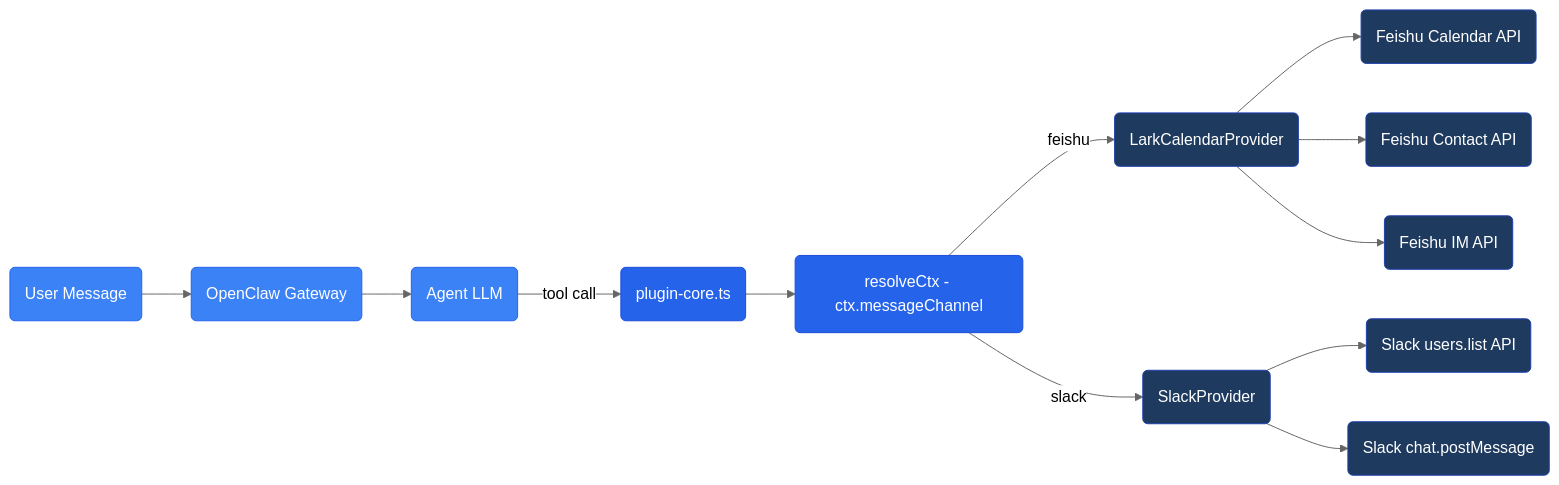
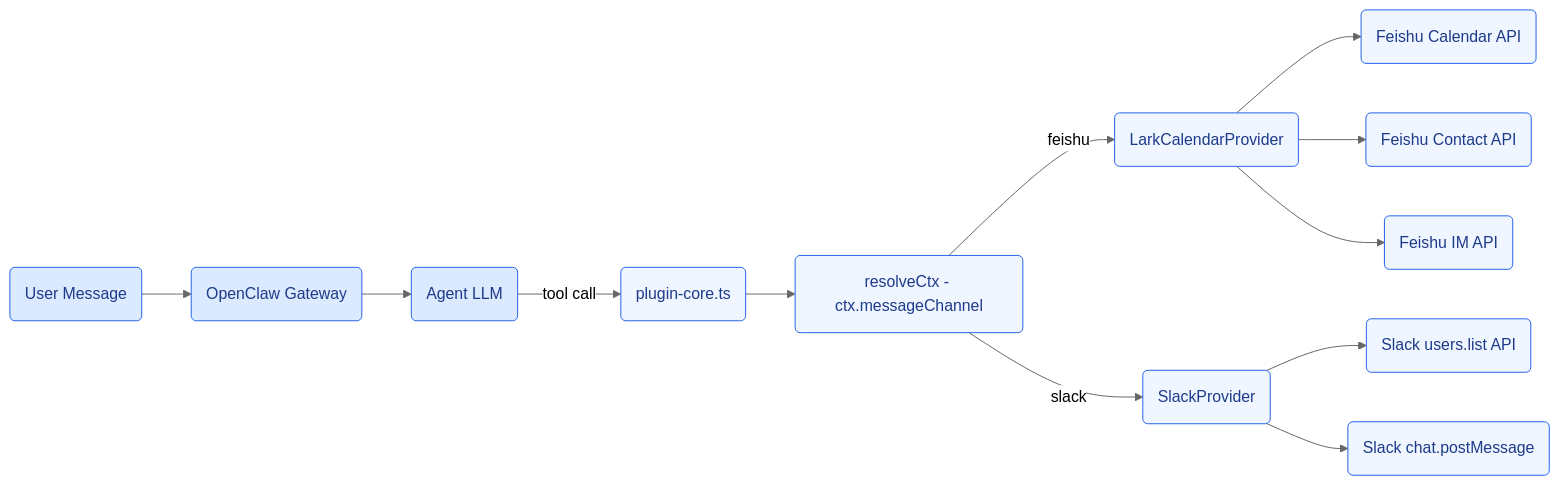
One commit to javana3/claw_meeting_all changed the second of 13 diagrams in README.md. Above: the diagram before and after it, drawn with Mermaid (neutral theme). The commit also changed other lines of this file, not shown here.

````diff
--- a/README.md
+++ b/README.md
@@ -71,27 +71,27 @@
 ```mermaid
 graph LR
     MSG(User Message) --> GW(OpenClaw Gateway)
     GW --> AGENT(Agent LLM)
     AGENT -->|tool call| CORE(plugin-core.ts)
     CORE --> CTX(resolveCtx - ctx.messageChannel)
     CTX -->|feishu| LP(LarkCalendarProvider)
     CTX -->|slack| SP(SlackProvider)
     LP --> LAPI(Feishu Calendar API)
     LP --> LDIR(Feishu Contact API)
     LP --> LDM(Feishu IM API)
     SP --> SDIR(Slack users.list API)
     SP --> SDM(Slack chat.postMessage)
 
-    style CTX fill:#2563eb,stroke:#1d4ed8,color:#fff
-    style LP fill:#1e3a5f,stroke:#1e40af,color:#fff
-    style SP fill:#1e3a5f,stroke:#1e40af,color:#fff
-    style MSG fill:#3b82f6,stroke:#2563eb,color:#fff
-    style GW fill:#3b82f6,stroke:#2563eb,color:#fff
-    style AGENT fill:#3b82f6,stroke:#2563eb,color:#fff
-    style CORE fill:#2563eb,stroke:#1d4ed8,color:#fff
-    style LAPI fill:#1e3a5f,stroke:#1e40af,color:#fff
-    style LDIR fill:#1e3a5f,stroke:#1e40af,color:#fff
-    style LDM fill:#1e3a5f,stroke:#1e40af,color:#fff
-    style SDIR fill:#1e3a5f,stroke:#1e40af,color:#fff
-    style SDM fill:#1e3a5f,stroke:#1e40af,color:#fff
+    style CTX fill:#eff6ff,stroke:#2563eb,color:#1e3a8a
+    style LP fill:#eff6ff,stroke:#2563eb,color:#1e3a8a
+    style SP fill:#eff6ff,stroke:#2563eb,color:#1e3a8a
+    style MSG fill:#dbeafe,stroke:#2563eb,color:#1e3a8a
+    style GW fill:#dbeafe,stroke:#2563eb,color:#1e3a8a
+    style AGENT fill:#dbeafe,stroke:#2563eb,color:#1e3a8a
+    style CORE fill:#eff6ff,stroke:#2563eb,color:#1e3a8a
+    style LAPI fill:#eff6ff,stroke:#2563eb,color:#1e3a8a
+    style LDIR fill:#eff6ff,stroke:#2563eb,color:#1e3a8a
+    style LDM fill:#eff6ff,stroke:#2563eb,color:#1e3a8a
+    style SDIR fill:#eff6ff,stroke:#2563eb,color:#1e3a8a
+    style SDM fill:#eff6ff,stroke:#2563eb,color:#1e3a8a
 ```
````
